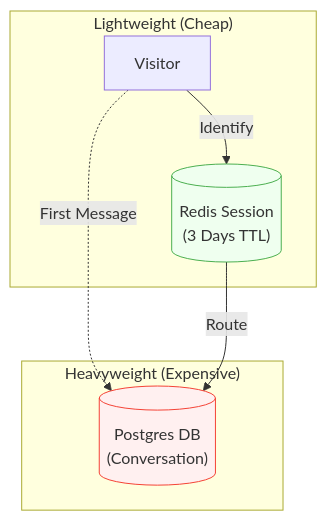
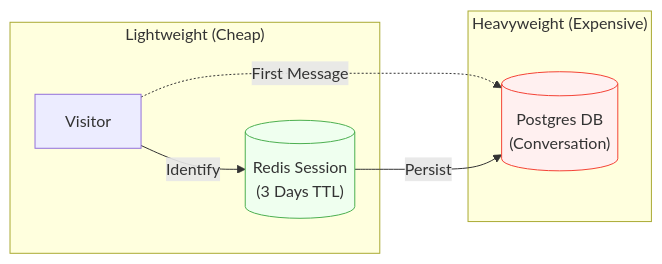
Before and after one commit to doananhhung/livechat: the second of 6 diagrams in presentation/pages/hoang.md, drawn with Mermaid. The commit also changed other lines of this file and 6 other files, not shown here.

````diff
--- a/presentation/pages/hoang.md
+++ b/presentation/pages/hoang.md
@@ -42,16 +42,16 @@
 ```mermaid
-flowchart TD
+flowchart LR
     Visitor[Visitor]
     
     subgraph "Lightweight (Cheap)"
         Visitor -->|Identify| Redis[("Redis Session<br/>(3 Days TTL)")]
     end
     
     subgraph "Heavyweight (Expensive)"
         Visitor -.->|First Message| DB[("Postgres DB<br/>(Conversation)")]
     end
     
-    Redis -->|Route| DB
+    Redis -->|Persist| DB
     style Redis fill:#efffef,stroke:#4caf50
     style DB fill:#fff0f0,stroke:#f44336
 ```
````
